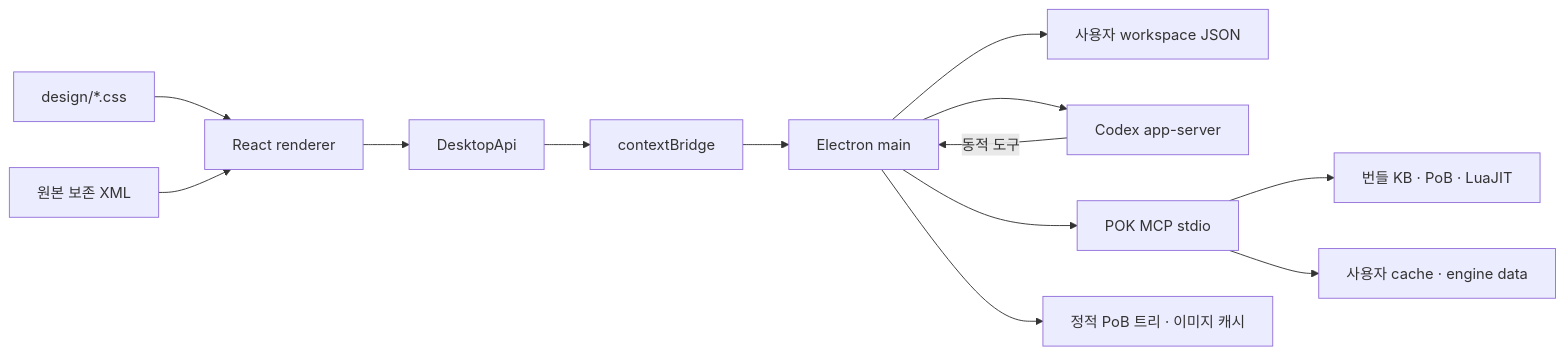
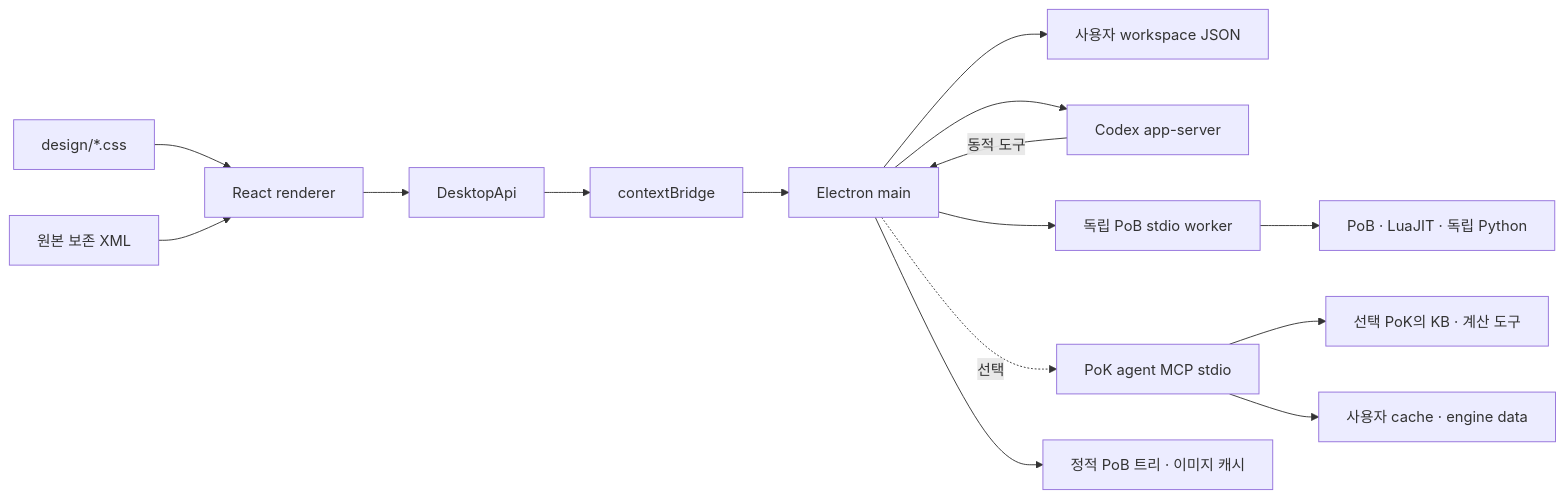
The diagram in docs/ARCHITECTURE.md (skerfolg/pok-ui), drawn with Mermaid before and after one commit. The commit also changed other lines of this file and 24 other files, not shown here.

````diff
--- a/docs/ARCHITECTURE.md
+++ b/docs/ARCHITECTURE.md
@@ -34,15 +35,17 @@
 ```mermaid
 flowchart LR
   Theme["design/*.css"] --> UI[React renderer]
   UI --> Contract[DesktopApi]
   Contract --> Preload[contextBridge]
   Preload --> Main[Electron main]
   Main --> Store[사용자 workspace JSON]
   Main --> Agent[Codex app-server]
-  Main --> MCP[POK MCP stdio]
+  Main --> Worker[독립 PoB stdio worker]
+  Worker --> Native[PoB · LuaJIT · 독립 Python]
+  Main -. 선택 .-> MCP[PoK agent MCP stdio]
   Main --> Tree[정적 PoB 트리 · 이미지 캐시]
   Agent -->|동적 도구| Main
-  MCP --> Resource[번들 KB · PoB · LuaJIT]
+  MCP --> Resource[선택 PoK의 KB · 계산 도구]
   MCP --> Cache[사용자 cache · engine data]
   XML[원본 보존 XML] --> UI
 ```
````
